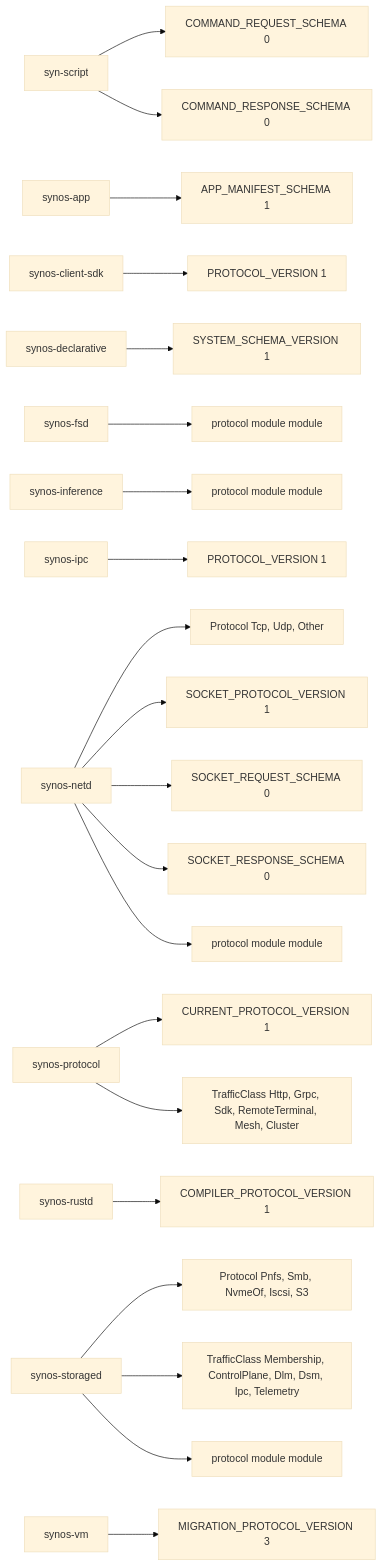
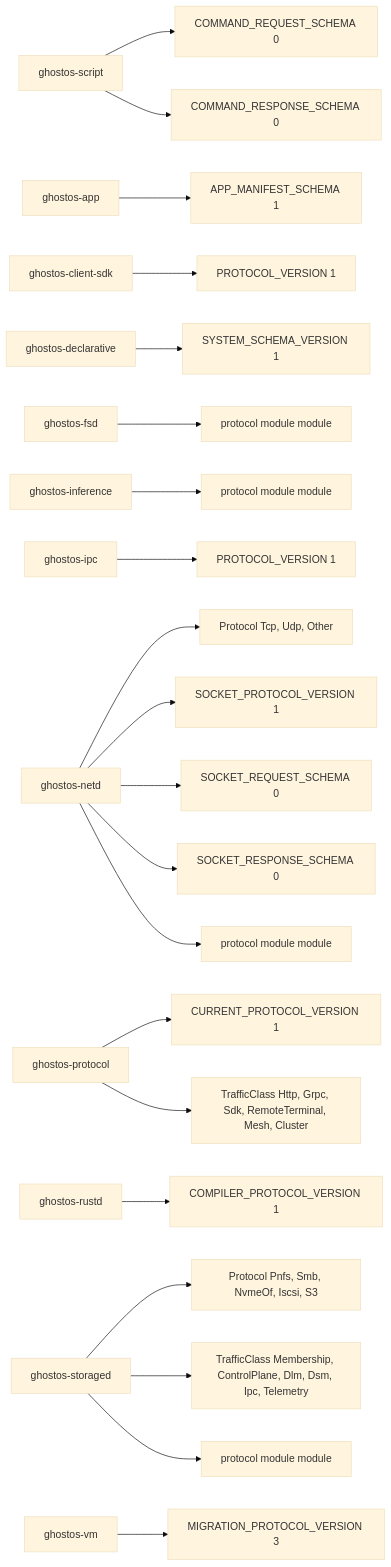
Before and after one commit to MickyBalladelli/GhostOS: the third of 6 diagrams in docs/inventory-diagrams.md, drawn with Mermaid (base theme). The commit also changed other lines of this file and 941 other files, not shown here.

````diff
--- a/docs/inventory-diagrams.md
+++ b/docs/inventory-diagrams.md
@@ -376,55 +376,55 @@
 ```mermaid
 graph LR
-    protocol_APP_MANIFEST_SCHEMA__synos_app__crates_app_src_manifest_rs["APP_MANIFEST_SCHEMA 1"]
-    protocol_COMMAND_REQUEST_SCHEMA__syn_script__crates_syn_script_src_wire_rs["COMMAND_REQUEST_SCHEMA 0"]
-    protocol_COMMAND_RESPONSE_SCHEMA__syn_script__crates_syn_script_src_wire_rs["COMMAND_RESPONSE_SCHEMA 0"]
-    protocol_COMPILER_PROTOCOL_VERSION__synos_rustd__crates_synos_rustd_src_design_rs["COMPILER_PROTOCOL_VERSION 1"]
-    protocol_CURRENT_PROTOCOL_VERSION__synos_protocol__crates_protocol_src_lib_rs["CURRENT_PROTOCOL_VERSION 1"]
-    protocol_MIGRATION_PROTOCOL_VERSION__synos_vm__virtual_machine_src_control_rs["MIGRATION_PROTOCOL_VERSION 3"]
-    protocol_PROTOCOL_VERSION__synos_client_sdk__crates_client_sdk_src_wire_rs["PROTOCOL_VERSION 1"]
-    protocol_PROTOCOL_VERSION__synos_ipc__crates_ipc_src_lib_rs["PROTOCOL_VERSION 1"]
-    protocol_Protocol__synos_netd__crates_netd_src_firewall_rs["Protocol Tcp, Udp, Other"]
-    protocol_Protocol__synos_storaged__crates_synos_storaged_src_protocol_rs["Protocol Pnfs, Smb, NvmeOf, Iscsi, S3"]
-    protocol_SOCKET_PROTOCOL_VERSION__synos_netd__crates_netd_src_protocol_rs["SOCKET_PROTOCOL_VERSION 1"]
-    protocol_SOCKET_REQUEST_SCHEMA__synos_netd__crates_netd_src_protocol_rs["SOCKET_REQUEST_SCHEMA 0"]
-    protocol_SOCKET_RESPONSE_SCHEMA__synos_netd__crates_netd_src_protocol_rs["SOCKET_RESPONSE_SCHEMA 0"]
-    protocol_SYSTEM_SCHEMA_VERSION__synos_declarative__crates_synos_declarative_src_parser_rs["SYSTEM_SCHEMA_VERSION 1"]
-    protocol_TrafficClass__synos_protocol__crates_protocol_src_lib_rs["TrafficClass Http, Grpc, Sdk, RemoteTerminal, Mesh, Cluster"]
-    protocol_TrafficClass__synos_storaged__crates_synos_storaged_src_security_rs["TrafficClass Membership, ControlPlane, Dlm, Dsm, Ipc, Telemetry"]
-    protocol_crate__syn_script["syn-script"]
-    protocol_crate__synos_app["synos-app"]
-    protocol_crate__synos_client_sdk["synos-client-sdk"]
-    protocol_crate__synos_declarative["synos-declarative"]
-    protocol_crate__synos_fsd["synos-fsd"]
-    protocol_crate__synos_inference["synos-inference"]
-    protocol_crate__synos_ipc["synos-ipc"]
-    protocol_crate__synos_netd["synos-netd"]
-    protocol_crate__synos_protocol["synos-protocol"]
-    protocol_crate__synos_rustd["synos-rustd"]
-    protocol_crate__synos_storaged["synos-storaged"]
-    protocol_crate__synos_vm["synos-vm"]
-    protocol_protocol_module__synos_fsd__crates_fsd_src_protocol_rs["protocol module module"]
-    protocol_protocol_module__synos_inference__crates_synos_inference_src_protocol_rs["protocol module module"]
-    protocol_protocol_module__synos_netd__crates_netd_src_protocol_rs["protocol module module"]
-    protocol_protocol_module__synos_storaged__crates_synos_storaged_src_protocol_rs["protocol module module"]
-    protocol_crate__syn_script --> protocol_COMMAND_REQUEST_SCHEMA__syn_script__crates_syn_script_src_wire_rs
-    protocol_crate__syn_script --> protocol_COMMAND_RESPONSE_SCHEMA__syn_script__crates_syn_script_src_wire_rs
-    protocol_crate__synos_app --> protocol_APP_MANIFEST_SCHEMA__synos_app__crates_app_src_manifest_rs
-    protocol_crate__synos_client_sdk --> protocol_PROTOCOL_VERSION__synos_client_sdk__crates_client_sdk_src_wire_rs
-    protocol_crate__synos_declarative --> protocol_SYSTEM_SCHEMA_VERSION__synos_declarative__crates_synos_declarative_src_parser_rs
-    protocol_crate__synos_fsd --> protocol_protocol_module__synos_fsd__crates_fsd_src_protocol_rs
-    protocol_crate__synos_inference --> protocol_protocol_module__synos_inference__crates_synos_inference_src_protocol_rs
-    protocol_crate__synos_ipc --> protocol_PROTOCOL_VERSION__synos_ipc__crates_ipc_src_lib_rs
-    protocol_crate__synos_netd --> protocol_Protocol__synos_netd__crates_netd_src_firewall_rs
-    protocol_crate__synos_netd --> protocol_SOCKET_PROTOCOL_VERSION__synos_netd__crates_netd_src_protocol_rs
-    protocol_crate__synos_netd --> protocol_SOCKET_REQUEST_SCHEMA__synos_netd__crates_netd_src_protocol_rs
-    protocol_crate__synos_netd --> protocol_SOCKET_RESPONSE_SCHEMA__synos_netd__crates_netd_src_protocol_rs
-    protocol_crate__synos_netd --> protocol_protocol_module__synos_netd__crates_netd_src_protocol_rs
-    protocol_crate__synos_protocol --> protocol_CURRENT_PROTOCOL_VERSION__synos_protocol__crates_protocol_src_lib_rs
-    protocol_crate__synos_protocol --> protocol_TrafficClass__synos_protocol__crates_protocol_src_lib_rs
-    protocol_crate__synos_rustd --> protocol_COMPILER_PROTOCOL_VERSION__synos_rustd__crates_synos_rustd_src_design_rs
-    protocol_crate__synos_storaged --> protocol_Protocol__synos_storaged__crates_synos_storaged_src_protocol_rs
-    protocol_crate__synos_storaged --> protocol_TrafficClass__synos_storaged__crates_synos_storaged_src_security_rs
-    protocol_crate__synos_storaged --> protocol_protocol_module__synos_storaged__crates_synos_storaged_src_protocol_rs
-    protocol_crate__synos_vm --> protocol_MIGRATION_PROTOCOL_VERSION__synos_vm__virtual_machine_src_control_rs
+    protocol_APP_MANIFEST_SCHEMA__ghostos_app__crates_app_src_manifest_rs["APP_MANIFEST_SCHEMA 1"]
+    protocol_COMMAND_REQUEST_SCHEMA__ghostos_script__crates_ghostos_script_src_wire_rs["COMMAND_REQUEST_SCHEMA 0"]
+    protocol_COMMAND_RESPONSE_SCHEMA__ghostos_script__crates_ghostos_script_src_wire_rs["COMMAND_RESPONSE_SCHEMA 0"]
+    protocol_COMPILER_PROTOCOL_VERSION__ghostos_rustd__crates_ghostos_rustd_src_design_rs["COMPILER_PROTOCOL_VERSION 1"]
+    protocol_CURRENT_PROTOCOL_VERSION__ghostos_protocol__crates_protocol_src_lib_rs["CURRENT_PROTOCOL_VERSION 1"]
+    protocol_MIGRATION_PROTOCOL_VERSION__ghostos_vm__virtual_machine_src_control_rs["MIGRATION_PROTOCOL_VERSION 3"]
+    protocol_PROTOCOL_VERSION__ghostos_client_sdk__crates_client_sdk_src_wire_rs["PROTOCOL_VERSION 1"]
+    protocol_PROTOCOL_VERSION__ghostos_ipc__crates_ipc_src_lib_rs["PROTOCOL_VERSION 1"]
+    protocol_Protocol__ghostos_netd__crates_netd_src_firewall_rs["Protocol Tcp, Udp, Other"]
+    protocol_Protocol__ghostos_storaged__crates_ghostos_storaged_src_protocol_rs["Protocol Pnfs, Smb, NvmeOf, Iscsi, S3"]
+    protocol_SOCKET_PROTOCOL_VERSION__ghostos_netd__crates_netd_src_protocol_rs["SOCKET_PROTOCOL_VERSION 1"]
+    protocol_SOCKET_REQUEST_SCHEMA__ghostos_netd__crates_netd_src_protocol_rs["SOCKET_REQUEST_SCHEMA 0"]
+    protocol_SOCKET_RESPONSE_SCHEMA__ghostos_netd__crates_netd_src_protocol_rs["SOCKET_RESPONSE_SCHEMA 0"]
+    protocol_SYSTEM_SCHEMA_VERSION__ghostos_declarative__crates_ghostos_declarative_src_parser_rs["SYSTEM_SCHEMA_VERSION 1"]
+    protocol_TrafficClass__ghostos_protocol__crates_protocol_src_lib_rs["TrafficClass Http, Grpc, Sdk, RemoteTerminal, Mesh, Cluster"]
+    protocol_TrafficClass__ghostos_storaged__crates_ghostos_storaged_src_security_rs["TrafficClass Membership, ControlPlane, Dlm, Dsm, Ipc, Telemetry"]
+    protocol_crate__ghostos_script["ghostos-script"]
+    protocol_crate__ghostos_app["ghostos-app"]
+    protocol_crate__ghostos_client_sdk["ghostos-client-sdk"]
+    protocol_crate__ghostos_declarative["ghostos-declarative"]
+    protocol_crate__ghostos_fsd["ghostos-fsd"]
+    protocol_crate__ghostos_inference["ghostos-inference"]
+    protocol_crate__ghostos_ipc["ghostos-ipc"]
+    protocol_crate__ghostos_netd["ghostos-netd"]
+    protocol_crate__ghostos_protocol["ghostos-protocol"]
+    protocol_crate__ghostos_rustd["ghostos-rustd"]
+    protocol_crate__ghostos_storaged["ghostos-storaged"]
+    protocol_crate__ghostos_vm["ghostos-vm"]
+    protocol_protocol_module__ghostos_fsd__crates_fsd_src_protocol_rs["protocol module module"]
+    protocol_protocol_module__ghostos_inference__crates_ghostos_inference_src_protocol_rs["protocol module module"]
+    protocol_protocol_module__ghostos_netd__crates_netd_src_protocol_rs["protocol module module"]
+    protocol_protocol_module__ghostos_storaged__crates_ghostos_storaged_src_protocol_rs["protocol module module"]
+    protocol_crate__ghostos_script --> protocol_COMMAND_REQUEST_SCHEMA__ghostos_script__crates_ghostos_script_src_wire_rs
+    protocol_crate__ghostos_script --> protocol_COMMAND_RESPONSE_SCHEMA__ghostos_script__crates_ghostos_script_src_wire_rs
+    protocol_crate__ghostos_app --> protocol_APP_MANIFEST_SCHEMA__ghostos_app__crates_app_src_manifest_rs
+    protocol_crate__ghostos_client_sdk --> protocol_PROTOCOL_VERSION__ghostos_client_sdk__crates_client_sdk_src_wire_rs
+    protocol_crate__ghostos_declarative --> protocol_SYSTEM_SCHEMA_VERSION__ghostos_declarative__crates_ghostos_declarative_src_parser_rs
+    protocol_crate__ghostos_fsd --> protocol_protocol_module__ghostos_fsd__crates_fsd_src_protocol_rs
+    protocol_crate__ghostos_inference --> protocol_protocol_module__ghostos_inference__crates_ghostos_inference_src_protocol_rs
+    protocol_crate__ghostos_ipc --> protocol_PROTOCOL_VERSION__ghostos_ipc__crates_ipc_src_lib_rs
+    protocol_crate__ghostos_netd --> protocol_Protocol__ghostos_netd__crates_netd_src_firewall_rs
+    protocol_crate__ghostos_netd --> protocol_SOCKET_PROTOCOL_VERSION__ghostos_netd__crates_netd_src_protocol_rs
+    protocol_crate__ghostos_netd --> protocol_SOCKET_REQUEST_SCHEMA__ghostos_netd__crates_netd_src_protocol_rs
+    protocol_crate__ghostos_netd --> protocol_SOCKET_RESPONSE_SCHEMA__ghostos_netd__crates_netd_src_protocol_rs
+    protocol_crate__ghostos_netd --> protocol_protocol_module__ghostos_netd__crates_netd_src_protocol_rs
+    protocol_crate__ghostos_protocol --> protocol_CURRENT_PROTOCOL_VERSION__ghostos_protocol__crates_protocol_src_lib_rs
+    protocol_crate__ghostos_protocol --> protocol_TrafficClass__ghostos_protocol__crates_protocol_src_lib_rs
+    protocol_crate__ghostos_rustd --> protocol_COMPILER_PROTOCOL_VERSION__ghostos_rustd__crates_ghostos_rustd_src_design_rs
+    protocol_crate__ghostos_storaged --> protocol_Protocol__ghostos_storaged__crates_ghostos_storaged_src_protocol_rs
+    protocol_crate__ghostos_storaged --> protocol_TrafficClass__ghostos_storaged__crates_ghostos_storaged_src_security_rs
+    protocol_crate__ghostos_storaged --> protocol_protocol_module__ghostos_storaged__crates_ghostos_storaged_src_protocol_rs
+    protocol_crate__ghostos_vm --> protocol_MIGRATION_PROTOCOL_VERSION__ghostos_vm__virtual_machine_src_control_rs
 ```
````
